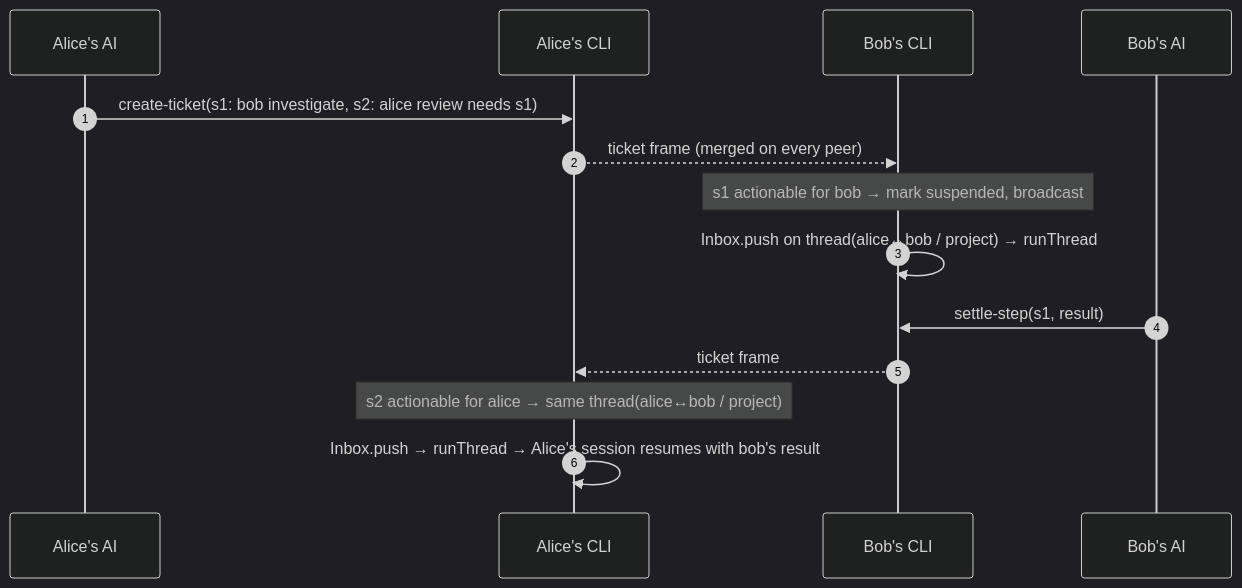
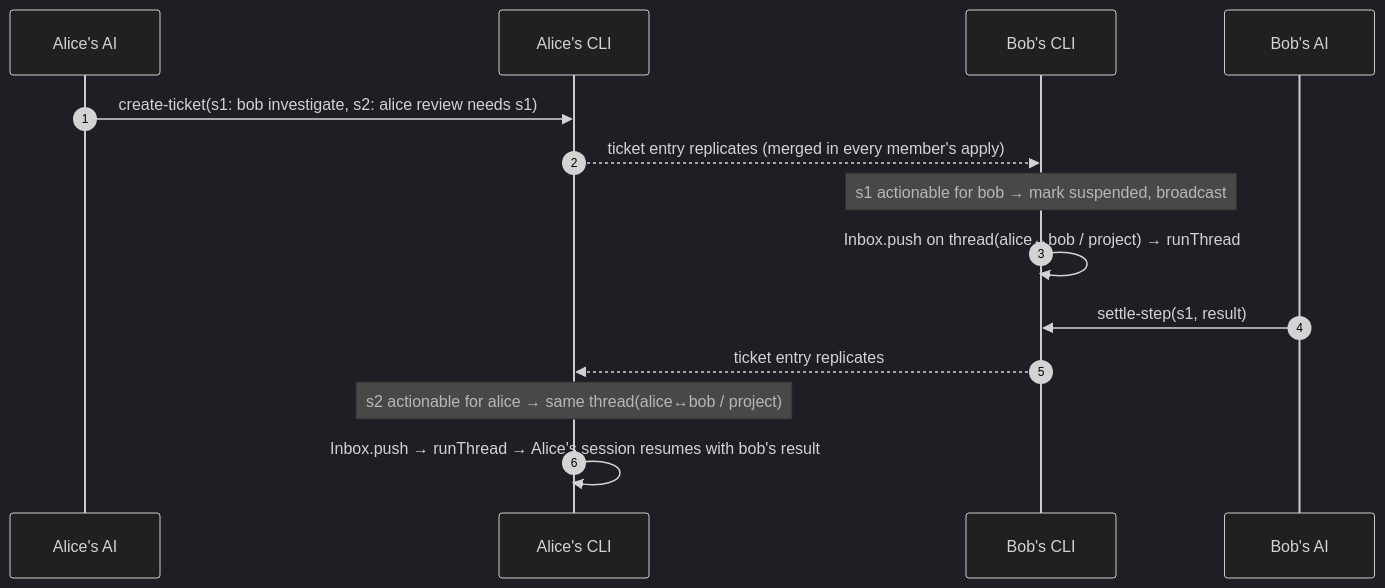
Before and after one commit to JuicyBenjamin/collagen: the second of 3 diagrams in apps/docs/internals/message-flow.md, drawn with Mermaid (dark theme). The commit also changed other lines of this file and 29 other files, not shown here.

````diff
--- a/apps/docs/internals/message-flow.md
+++ b/apps/docs/internals/message-flow.md
@@ -51,17 +51,17 @@
 ```mermaid
 sequenceDiagram
   autonumber
   participant AA as Alice's AI
   participant AC as Alice's CLI
   participant BC as Bob's CLI
   participant BA as Bob's AI
 
   AA->>AC: create-ticket(s1: bob investigate, s2: alice review needs s1)
-  AC-->>BC: ticket frame (merged on every peer)
+  AC-->>BC: ticket entry replicates (merged in every member's apply)
   Note over BC: s1 actionable for bob → mark suspended, broadcast
   BC->>BC: Inbox.push on thread(alice↔bob / project) → runThread
   BA->>BC: settle-step(s1, result)
-  BC-->>AC: ticket frame
+  BC-->>AC: ticket entry replicates
   Note over AC: s2 actionable for alice → same thread(alice↔bob / project)
   AC->>AC: Inbox.push → runThread → Alice's session resumes with bob's result
 ```
````
